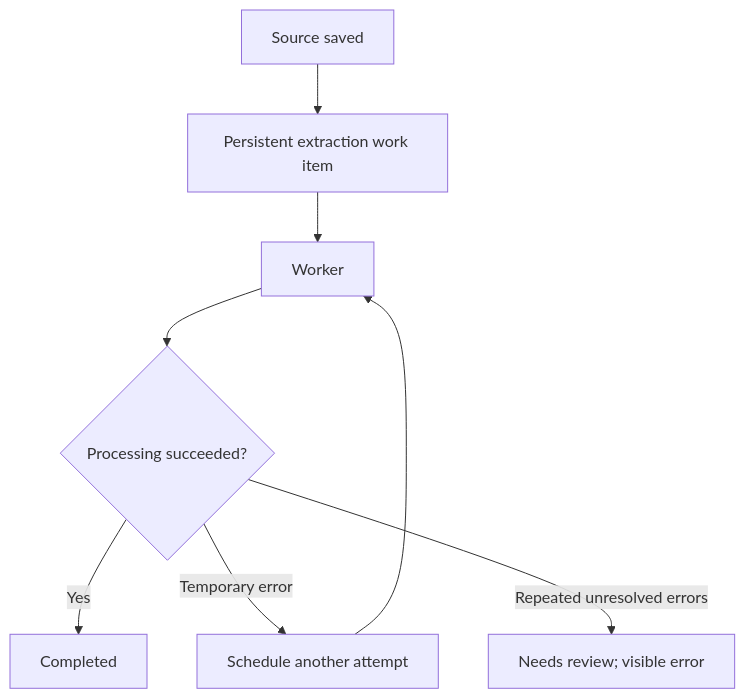
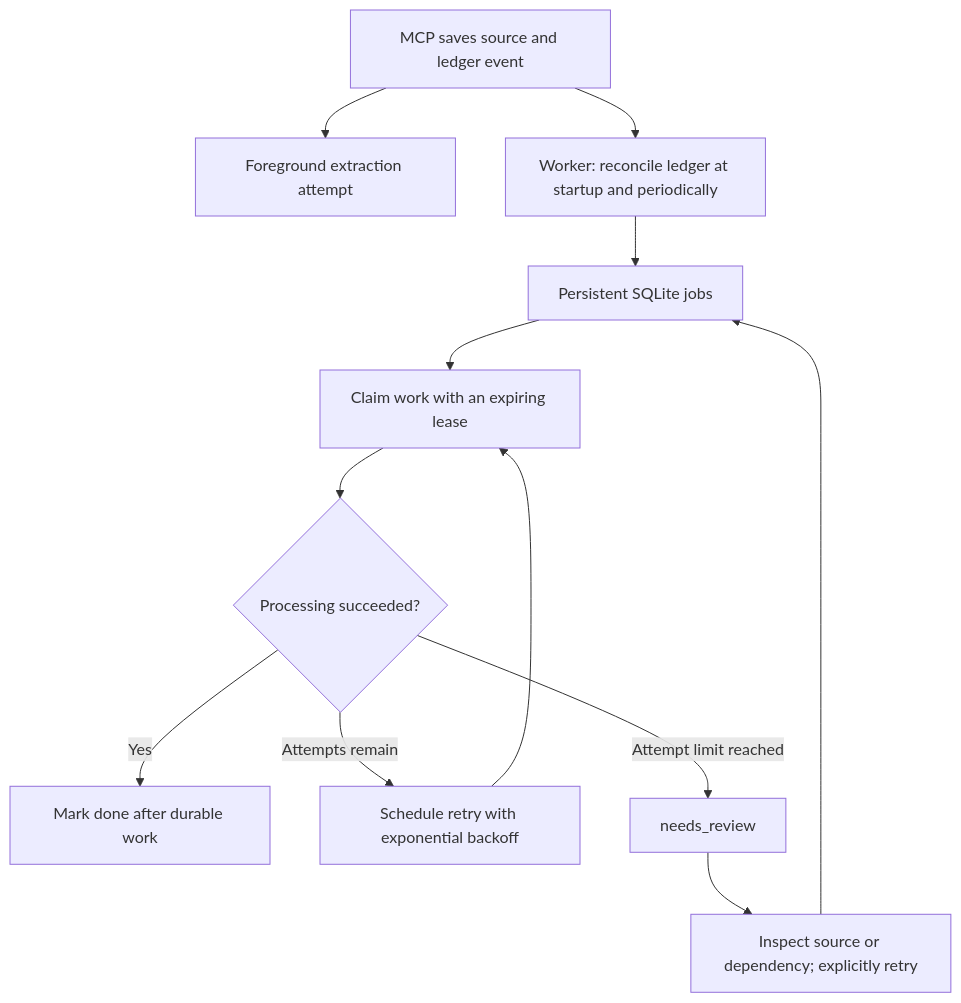
One commit to emanueledibella/sbrain changed the diagram in docs/reliability-and-recovery.md. Above: the diagram before and after it, drawn with Mermaid. The commit also changed other lines of this file and 18 other files, not shown here.

Commit message:
Add persistent SQLite recovery worker with retries and review states

````diff
--- a/docs/reliability-and-recovery.md
+++ b/docs/reliability-and-recovery.md
@@ -97,10 +16,14 @@
 ```mermaid
 flowchart TD
-    A["Source saved"] --> B["Persistent extraction work item"]
-    B --> C["Worker"]
-    C --> D{"Processing succeeded?"}
-    D -->|Yes| E["Completed"]
-    D -->|"Temporary error"| F["Schedule another attempt"]
-    F --> C
-    D -->|"Repeated unresolved errors"| G["Needs review; visible error"]
+    A["MCP saves source and ledger event"] --> B["Foreground extraction attempt"]
+    A --> C["Worker: reconcile ledger at startup and periodically"]
+    C --> D["Persistent SQLite jobs"]
+    D --> E["Claim work with an expiring lease"]
+    E --> F{"Processing succeeded?"}
+    F -->|Yes| G["Mark done after durable work"]
+    F -->|"Attempts remain"| H["Schedule retry with exponential backoff"]
+    H --> E
+    F -->|"Attempt limit reached"| I["needs_review"]
+    I --> J["Inspect source or dependency; explicitly retry"]
+    J --> D
 ```
````
